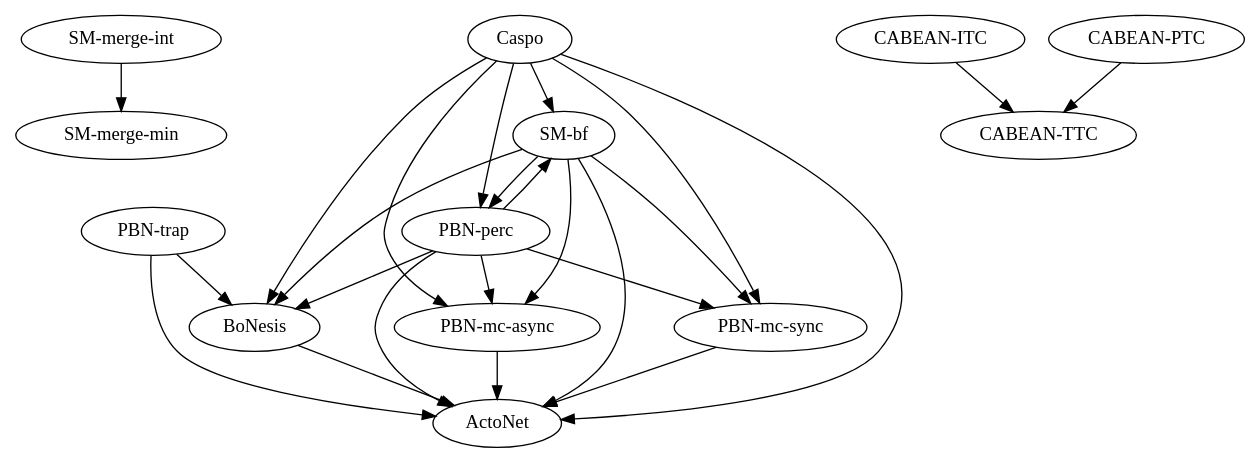
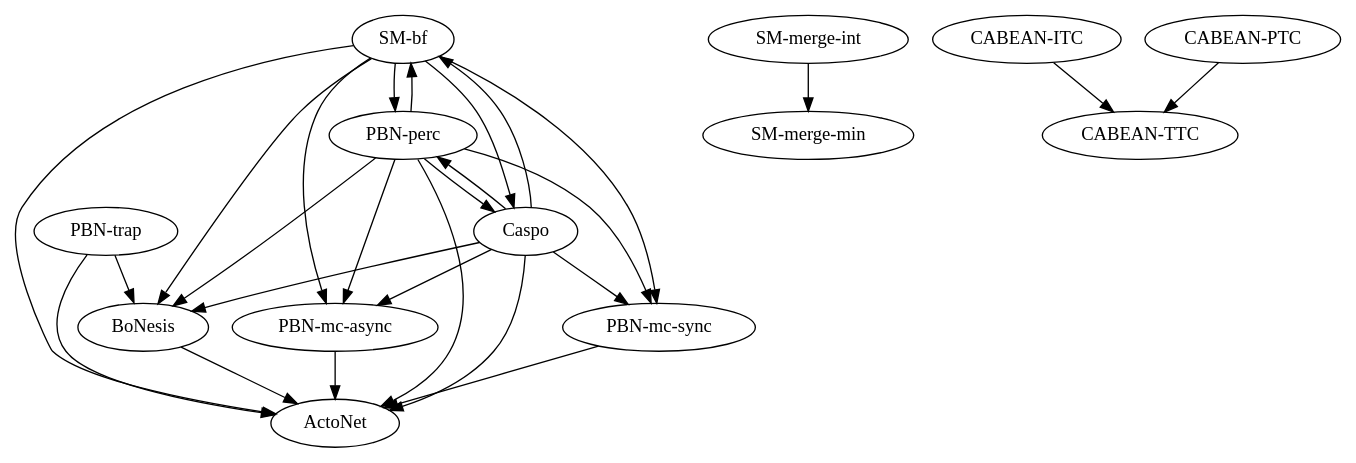
Before and after one commit to kalebmoon07/BN-control-taxonomy: the diagram in experiments/results/_summary.dot, drawn with Graphviz. The commit also changed 39 other files, not shown here.

```diff
--- a/experiments/results/_summary.dot
+++ b/experiments/results/_summary.dot
@@ -1,39 +1,41 @@
 strict digraph  {
+ActoNet;
+"SM-bf";
+"PBN-trap";
 "SM-merge-min";
-"PBN-trap";
-"SM-bf";
-ActoNet;
 "PBN-mc-async";
 BoNesis;
-"CABEAN-TTC";
+"SM-merge-int";
+"CABEAN-ITC";
 "PBN-perc";
-"CABEAN-ITC";
-"SM-merge-int";
 "PBN-mc-sync";
 Caspo;
+"CABEAN-TTC";
 "CABEAN-PTC";
-"PBN-trap" -> ActoNet;
-"PBN-trap" -> BoNesis;
 "SM-bf" -> ActoNet;
 "SM-bf" -> "PBN-mc-async";
 "SM-bf" -> BoNesis;
 "SM-bf" -> "PBN-perc";
 "SM-bf" -> "PBN-mc-sync";
+"SM-bf" -> Caspo;
+"PBN-trap" -> ActoNet;
+"PBN-trap" -> BoNesis;
 "PBN-mc-async" -> ActoNet;
 BoNesis -> ActoNet;
+"SM-merge-int" -> "SM-merge-min";
+"CABEAN-ITC" -> "CABEAN-TTC";
+"PBN-perc" -> ActoNet;
 "PBN-perc" -> "SM-bf";
-"PBN-perc" -> ActoNet;
 "PBN-perc" -> "PBN-mc-async";
 "PBN-perc" -> BoNesis;
 "PBN-perc" -> "PBN-mc-sync";
-"CABEAN-ITC" -> "CABEAN-TTC";
-"SM-merge-int" -> "SM-merge-min";
+"PBN-perc" -> Caspo;
 "PBN-mc-sync" -> ActoNet;
+Caspo -> ActoNet;
 Caspo -> "SM-bf";
-Caspo -> ActoNet;
 Caspo -> "PBN-mc-async";
 Caspo -> BoNesis;
 Caspo -> "PBN-perc";
 Caspo -> "PBN-mc-sync";
 "CABEAN-PTC" -> "CABEAN-TTC";
 }
```
